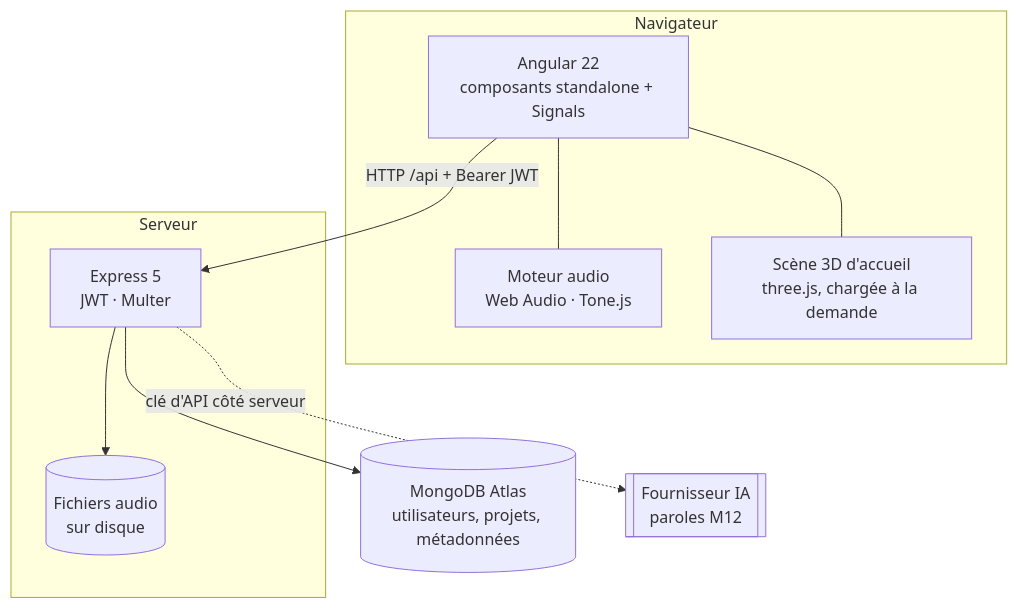
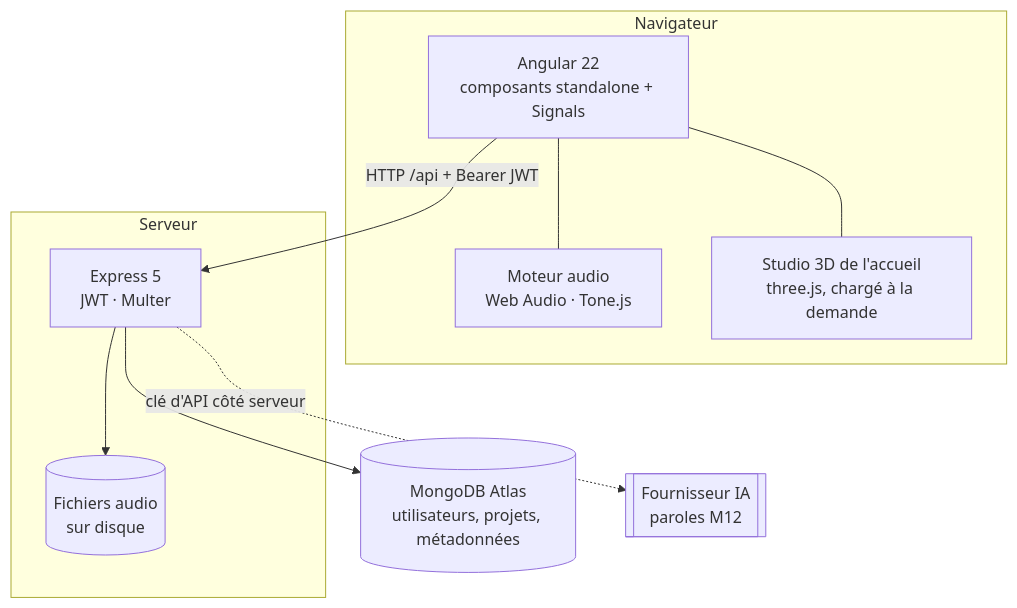
The third of 3 diagrams in README.md (Zakary-213/AngularM1_Projet), drawn with Mermaid before and after one commit. The commit also changed other lines of this file and 13 other files, not shown here.

First line of the commit message:
feat(home): refonte de l'accueil en visite 3D d'un studio (#40)

````diff
--- a/README.md
+++ b/README.md
@@ -127,21 +127,21 @@
 ```mermaid
 flowchart TB
     subgraph Navigateur
         UI[Angular 22<br/>composants standalone + Signals]
         AUDIO[Moteur audio<br/>Web Audio · Tone.js]
-        GL[Scène 3D d'accueil<br/>three.js, chargée à la demande]
+        GL[Studio 3D de l'accueil<br/>three.js, chargé à la demande]
     end
     subgraph Serveur
         API[Express 5<br/>JWT · Multer]
         DISK[(Fichiers audio<br/>sur disque)]
     end
     DB[(MongoDB Atlas<br/>utilisateurs, projets, métadonnées)]
     LLM[[Fournisseur IA<br/>paroles M12]]
 
     UI -- HTTP /api + Bearer JWT --> API
     UI --- AUDIO
     UI --- GL
     API --> DB
     API --> DISK
     API -. clé d'API côté serveur .-> LLM
 ```
````
